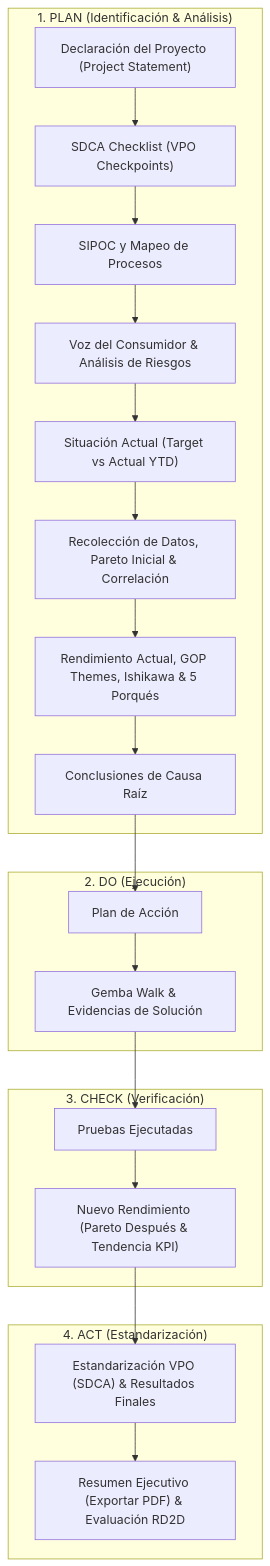
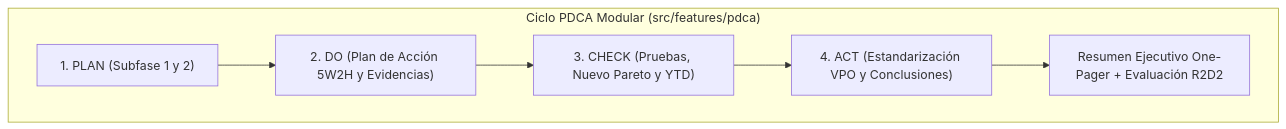
One commit to JPflores20/MAZ-HUB changed the diagram in README.md. Above: the diagram before and after it, drawn with Mermaid. The commit also changed other lines of this file and 957 other files, not shown here.

````diff
--- a/README.md
+++ b/README.md
@@ -118,27 +123,9 @@
 ```mermaid
 flowchart TD
-    subgraph PLAN["1. PLAN (Identificación & Análisis)"]
-        P1["Declaración del Proyecto (Project Statement)"] --> P2["SDCA Checklist (VPO Checkpoints)"]
-        P2 --> P3["SIPOC y Mapeo de Procesos"]
-        P3 --> P4["Voz del Consumidor & Análisis de Riesgos"]
-        P4 --> P5["Situación Actual (Target vs Actual YTD)"]
-        P5 --> P6["Recolección de Datos, Pareto Inicial & Correlación"]
-        P6 --> P7["Rendimiento Actual, GOP Themes, Ishikawa & 5 Porqués"]
-        P7 --> P8["Conclusiones de Causa Raíz"]
-    end
-
-    subgraph DO["2. DO (Ejecución)"]
-        P8 --> D1["Plan de Acción"]
-        D1 --> D2["Gemba Walk & Evidencias de Solución"]
-    end
-
-    subgraph CHECK["3. CHECK (Verificación)"]
-        D2 --> C1["Pruebas Ejecutadas"]
-        C1 --> C2["Nuevo Rendimiento (Pareto Después & Tendencia KPI)"]
-    end
-
-    subgraph ACT["4. ACT (Estandarización)"]
-        C2 --> A1["Estandarización VPO (SDCA) & Resultados Finales"]
-        A1 --> A2["Resumen Ejecutivo (Exportar PDF) & Evaluación RD2D"]
+    subgraph PDCA["Ciclo PDCA Modular (src/features/pdca)"]
+        P["1. PLAN (Subfase 1 y 2)"] --> D["2. DO (Plan de Acción 5W2H y Evidencias)"]
+        D --> C["3. CHECK (Pruebas, Nuevo Pareto y YTD)"]
+        C --> A["4. ACT (Estandarización VPO y Conclusiones)"]
+        A --> R["Resumen Ejecutivo One-Pager + Evaluación R2D2"]
     end
 ```
````
